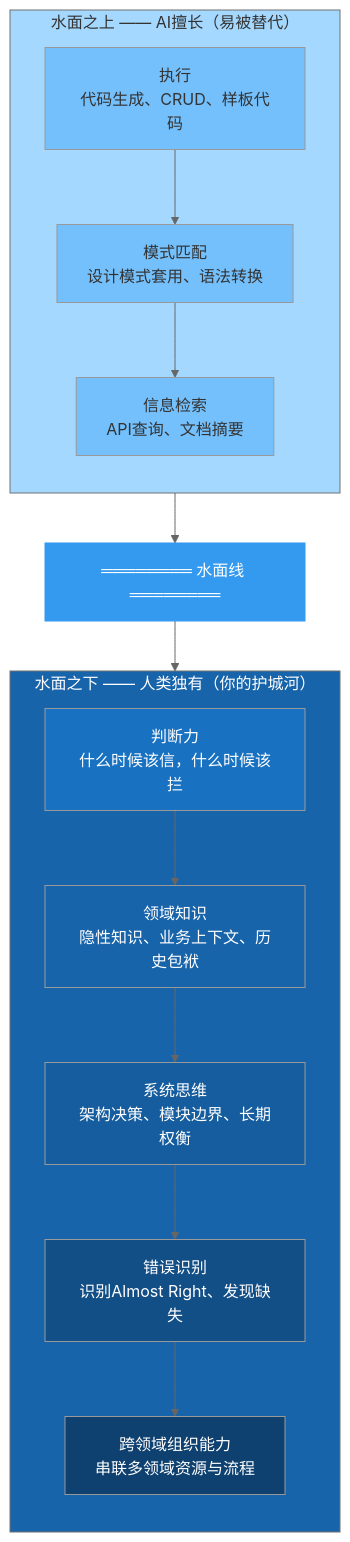
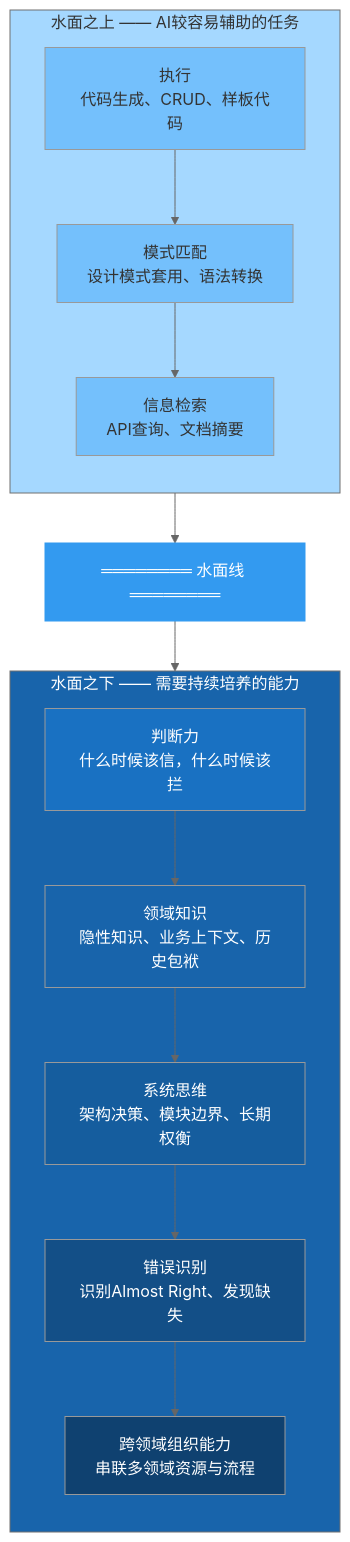
One commit to linan109/harness-engineering-book changed the second of 2 diagrams in diagrams/capability-iceberg.md. Above: the diagram before and after it, drawn with Mermaid (neutral theme). The commit also changed other lines of this file and 53 other files, not shown here.

````diff
--- a/diagrams/capability-iceberg.md
+++ b/diagrams/capability-iceberg.md
@@ -47,35 +47,35 @@
 ```mermaid
 graph TB
-    subgraph water_above["水面之上 —— AI擅长（易被替代）"]
+    subgraph water_above["水面之上 —— AI较容易辅助的任务"]
         direction TB
         E["执行<br/>代码生成、CRUD、样板代码"]
         PM["模式匹配<br/>设计模式套用、语法转换"]
         IR["信息检索<br/>API查询、文档摘要"]
     end
     
     WL["════════ 水面线 ════════"]
     
-    subgraph water_below["水面之下 —— 人类独有（你的护城河）"]
+    subgraph water_below["水面之下 —— 需要持续培养的能力"]
         direction TB
         J["判断力<br/>什么时候该信，什么时候该拦"]
         DK["领域知识<br/>隐性知识、业务上下文、历史包袱"]
         ST["系统思维<br/>架构决策、模块边界、长期权衡"]
         ER["错误识别<br/>识别Almost Right、发现缺失"]
         CO["跨领域组织能力<br/>串联多领域资源与流程"]
     end
     
     E --> PM --> IR --> WL
     WL --> J --> DK --> ST --> ER --> CO
 
     style water_above fill:#a5d8ff,color:#333
     style WL fill:#339af0,color:#fff,stroke:#339af0
     style water_below fill:#1864ab,color:#fff
     style E fill:#74c0fc,color:#333
     style PM fill:#74c0fc,color:#333
     style IR fill:#74c0fc,color:#333
     style J fill:#1971c2,color:#fff
     style DK fill:#1864ab,color:#fff
     style ST fill:#155d9e,color:#fff
     style ER fill:#134f87,color:#fff
     style CO fill:#0f4170,color:#fff
 ```
````
